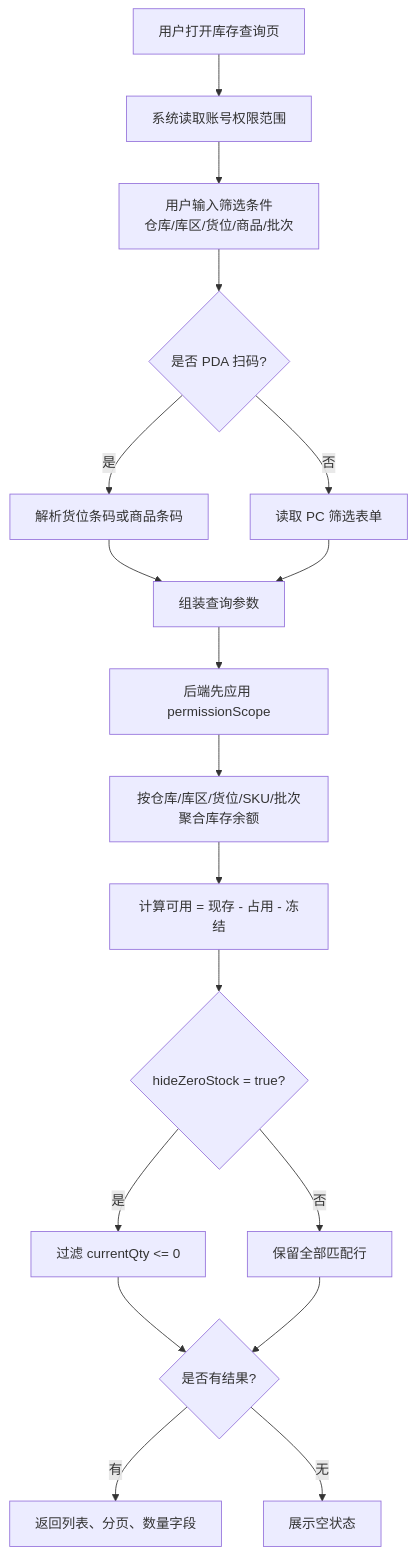
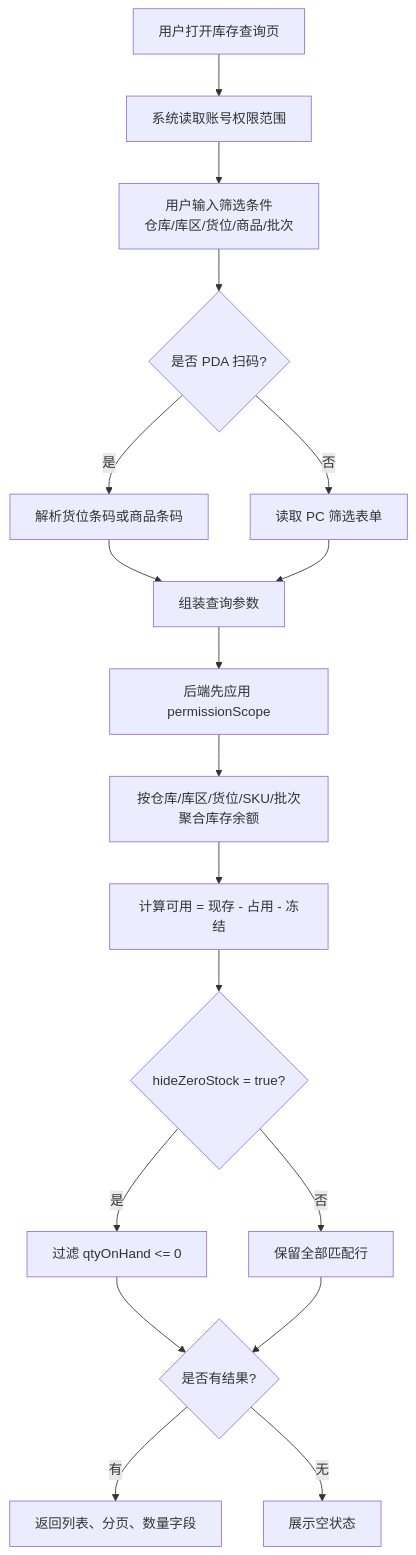
The first of 2 diagrams in prd-docs/库存管理/库存查询/库存查询_业务流程推演.md (lophyJessica/forge-crm), drawn with Mermaid before and after one commit. The commit also changed 9 other files, not shown here.

Commit message:
二期地基批次1：确立库存口径字段命名 SSOT（qtyOnHand 系）、补二期模块清单、扩展库存流水 FL（在途/差异待核销/报损类型），并把全项目残存的 currentQty 后缀系命名统一到 qtyOnHand 系。承接批次0 已落地的"差异待核销"台账模型

````diff
--- a/prd-docs/库存管理/库存查询/库存查询_业务流程推演.md
+++ b/prd-docs/库存管理/库存查询/库存查询_业务流程推演.md
@@ -36,20 +36,20 @@
 ```mermaid
 flowchart TD
     A["用户打开库存查询页"] --> B["系统读取账号权限范围"]
     B --> C["用户输入筛选条件<br/>仓库/库区/货位/商品/批次"]
     C --> D{"是否 PDA 扫码?"}
     D -->|是| D1["解析货位条码或商品条码"]
     D -->|否| D2["读取 PC 筛选表单"]
     D1 --> E["组装查询参数"]
     D2 --> E
     E --> F["后端先应用 permissionScope"]
     F --> G["按仓库/库区/货位/SKU/批次聚合库存余额"]
     G --> H["计算可用 = 现存 - 占用 - 冻结"]
     H --> I{"hideZeroStock = true?"}
-    I -->|是| J["过滤 currentQty <= 0"]
+    I -->|是| J["过滤 qtyOnHand <= 0"]
     I -->|否| K["保留全部匹配行"]
     J --> L{"是否有结果?"}
     K --> L
     L -->|有| M["返回列表、分页、数量字段"]
     L -->|无| N["展示空状态"]
 ```
````
